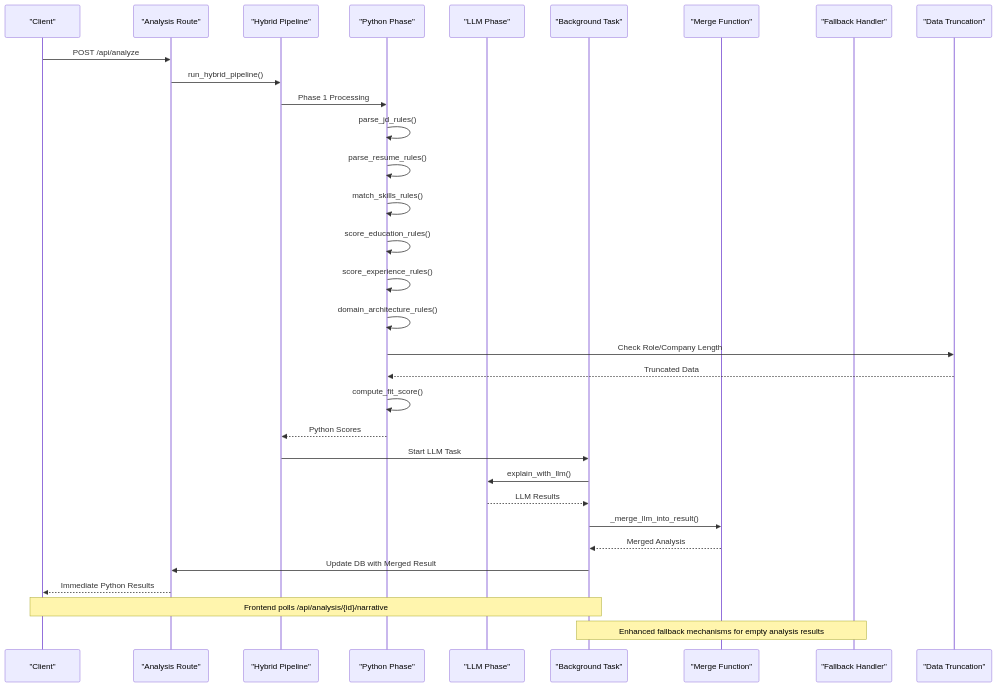
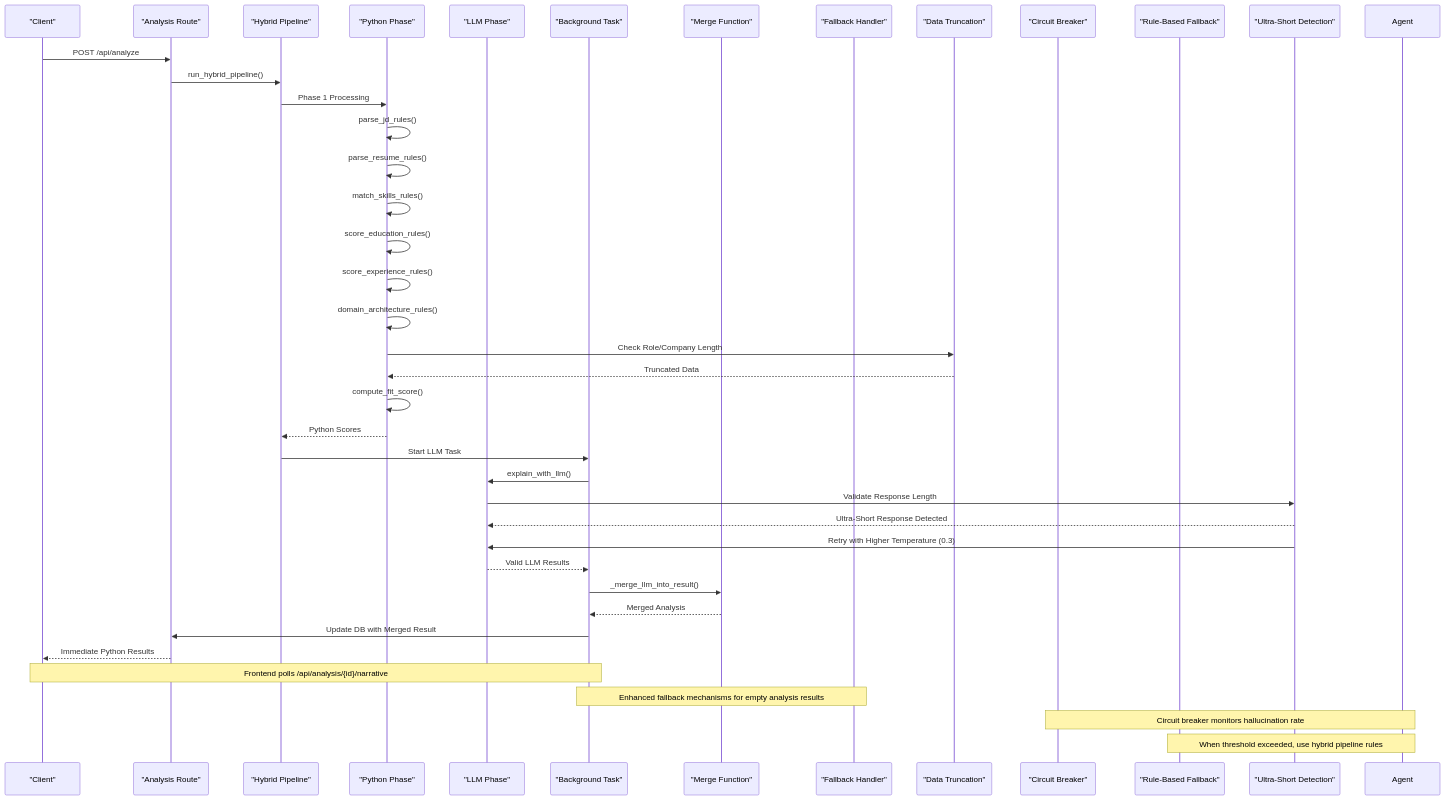
The fifth of 9 diagrams in .qoder/repowiki/en/content/Hybrid Pipeline.md (Revanththetalogics/aireume), drawn with Mermaid before and after one commit. The commit also changed other lines of this file and 15 other files, not shown here.

````diff
--- a/.qoder/repowiki/en/content/Hybrid Pipeline.md
+++ b/.qoder/repowiki/en/content/Hybrid Pipeline.md
@@ -224,34 +233,42 @@
 ```mermaid
 sequenceDiagram
 participant Client as "Client"
 participant Route as "Analysis Route"
 participant Hybrid as "Hybrid Pipeline"
 participant Python as "Python Phase"
 participant LLM as "LLM Phase"
 participant Background as "Background Task"
 participant Merge as "Merge Function"
 participant Fallback as "Fallback Handler"
 participant Truncate as "Data Truncation"
+participant CB as "Circuit Breaker"
+participant RuleBased as "Rule-Based Fallback"
+participant UltraShort as "Ultra-Short Detection"
 Client->>Route : POST /api/analyze
 Route->>Hybrid : run_hybrid_pipeline()
 Hybrid->>Python : Phase 1 Processing
 Python->>Python : parse_jd_rules()
 Python->>Python : parse_resume_rules()
 Python->>Python : match_skills_rules()
 Python->>Python : score_education_rules()
 Python->>Python : score_experience_rules()
 Python->>Python : domain_architecture_rules()
 Python->>Truncate : Check Role/Company Length
 Truncate-->>Python : Truncated Data
 Python->>Python : compute_fit_score()
 Python-->>Hybrid : Python Scores
 Hybrid->>Background : Start LLM Task
 Background->>LLM : explain_with_llm()
-LLM-->>Background : LLM Results
+LLM->>UltraShort : Validate Response Length
+UltraShort-->>LLM : Ultra-Short Response Detected
+UltraShort->>LLM : Retry with Higher Temperature (0.3)
+LLM-->>Background : Valid LLM Results
 Background->>Merge : _merge_llm_into_result()
 Merge-->>Background : Merged Analysis
 Background->>Route : Update DB with Merged Result
 Route-->>Client : Immediate Python Results
 Note over Client,Background : Frontend polls /api/analysis/{id}/narrative
 Note over Background,Fallback : Enhanced fallback mechanisms for empty analysis results
+Note over Agent,CB : Circuit breaker monitors hallucination rate
+Note over Agent,RuleBased : When threshold exceeded, use hybrid pipeline rules
 ```
````
